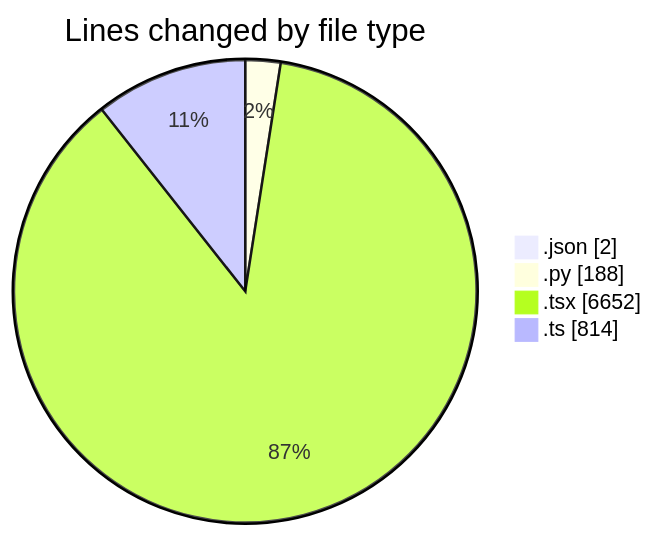
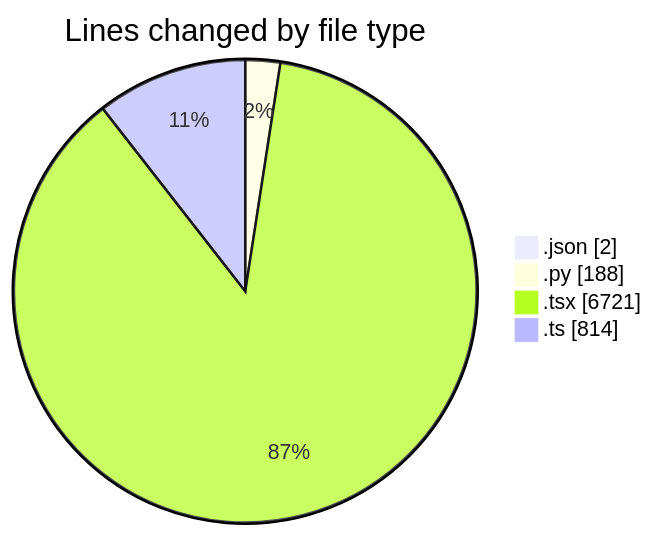
One commit to julien-gomy/code-tracking changed the first of 2 diagrams in 2025-10-06/eventscop-frontend-guide__workspace_/README.md. Above: the diagram before and after it, drawn with Mermaid. The commit also changed other lines of this file and 1 other file, not shown here.

````diff
--- a/2025-10-06/eventscop-frontend-guide__workspace_/README.md
+++ b/2025-10-06/eventscop-frontend-guide__workspace_/README.md
@@ -61,8 +61,8 @@
 ```mermaid
 pie showData
 title Lines changed by file type
 ".json" : 2
 ".py" : 188
-".tsx" : 6652
+".tsx" : 6721
 ".ts" : 814
 ```
````
